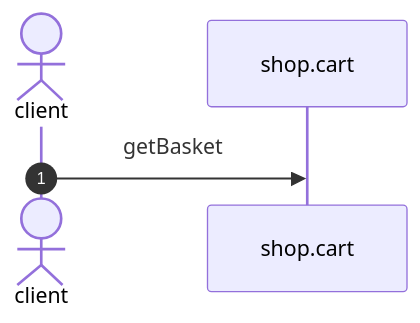
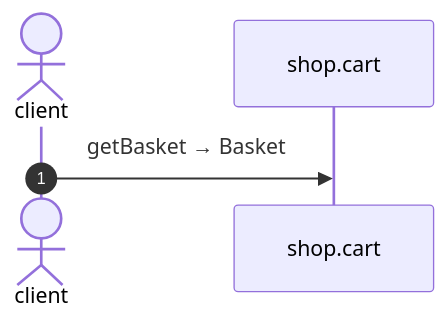
The diagram in docs/flows/cart-get-basket.md (shortlink-org/portolan), drawn with Mermaid before and after one commit. The commit also changed other lines of this file and 87 other files, not shown here.

````diff
--- a/docs/flows/cart-get-basket.md
+++ b/docs/flows/cart-get-basket.md
@@ -18,7 +18,7 @@
 ```mermaid
 sequenceDiagram
     autonumber
     actor p0 as client
     participant p1 as shop.cart
-    p0->>p1: getBasket
+    p0->>p1: getBasket → Basket
 ```
````
